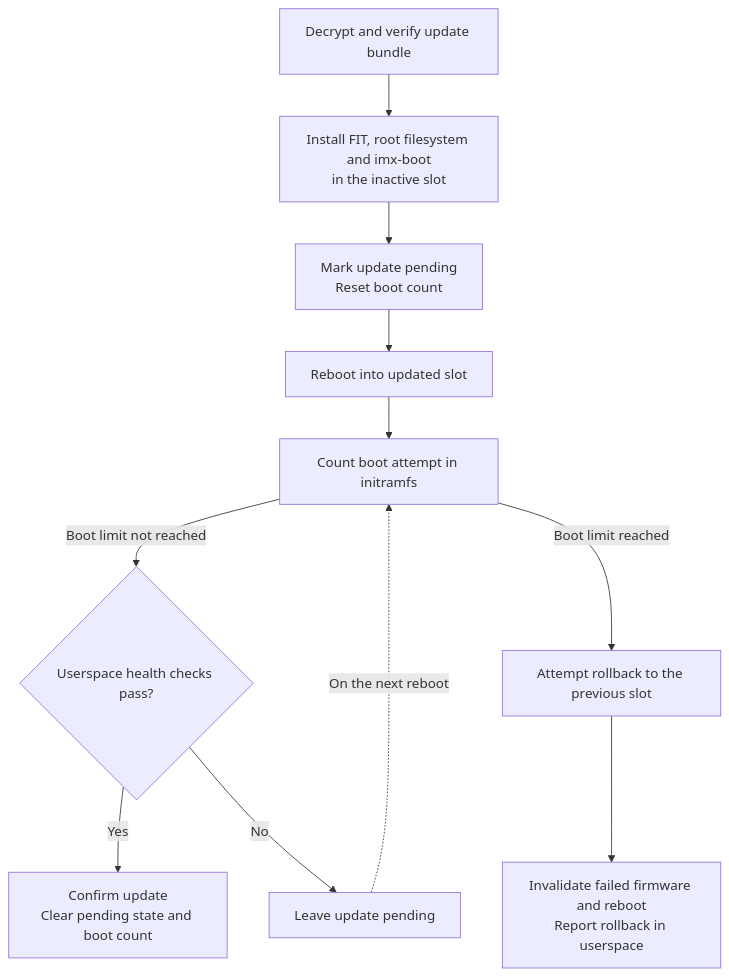
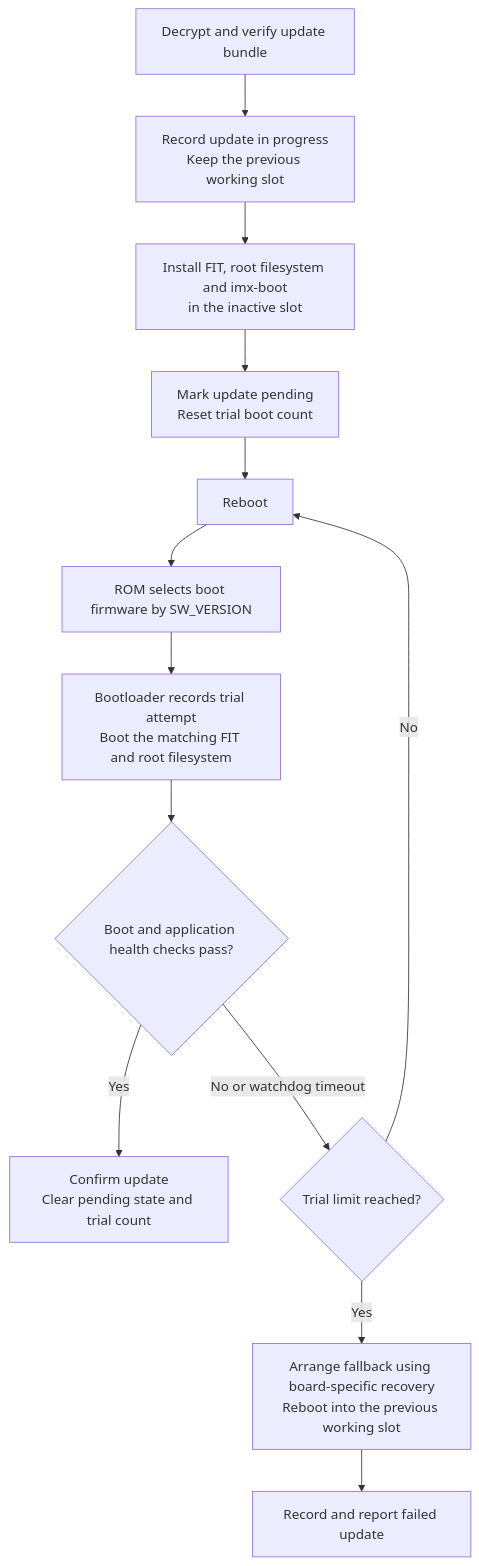
One commit to embetrix/meta-imx-secure changed the diagram in docs/ota-updates.md. Above: the diagram before and after it, drawn with Mermaid. The commit also changed other lines of this file, not shown here.

Commit message:
docs: separate ota integration from recovery policy

````diff
--- a/docs/ota-updates.md
+++ b/docs/ota-updates.md
@@ -38,13 +40,15 @@
 ```mermaid
 flowchart TD
-    BUNDLE["Decrypt and verify update bundle"] --> INSTALL["Install FIT, root filesystem and imx-boot<br/>in the inactive slot"]
-    INSTALL --> PENDING["Mark update pending<br/>Reset boot count"]
-    PENDING --> BOOT["Reboot into updated slot"]
-    BOOT --> CHECK["Count boot attempt in initramfs"]
-    CHECK -->|Boot limit not reached| HEALTH{"Userspace health checks pass?"}
-    HEALTH -->|Yes| CONFIRM["Confirm update<br/>Clear pending state and boot count"]
-    HEALTH -->|No| WAIT["Leave update pending"]
-    WAIT -.->|On the next reboot| CHECK
-    CHECK -->|Boot limit reached| ROLLBACK["Attempt rollback to the previous slot"]
-    ROLLBACK --> REPORT["Invalidate failed firmware and reboot<br/>Report rollback in userspace"]
+    BUNDLE["Decrypt and verify update bundle"] --> PREPARE["Record update in progress<br/>Keep the previous working slot"]
+    PREPARE --> INSTALL["Install FIT, root filesystem and imx-boot<br/>in the inactive slot"]
+    INSTALL --> PENDING["Mark update pending<br/>Reset trial boot count"]
+    PENDING --> REBOOT["Reboot"]
+    REBOOT --> ROM["ROM selects boot firmware by SW_VERSION"]
+    ROM --> TRIAL["Bootloader records trial attempt<br/>Boot the matching FIT and root filesystem"]
+    TRIAL --> HEALTH{"Boot and application health checks pass?"}
+    HEALTH -->|Yes| CONFIRM["Confirm update<br/>Clear pending state and trial count"]
+    HEALTH -->|No or watchdog timeout| LIMIT{"Trial limit reached?"}
+    LIMIT -->|No| REBOOT
+    LIMIT -->|Yes| FALLBACK["Arrange fallback using board-specific recovery<br/>Reboot into the previous working slot"]
+    FALLBACK --> REPORT["Record and report failed update"]
 ```
````
